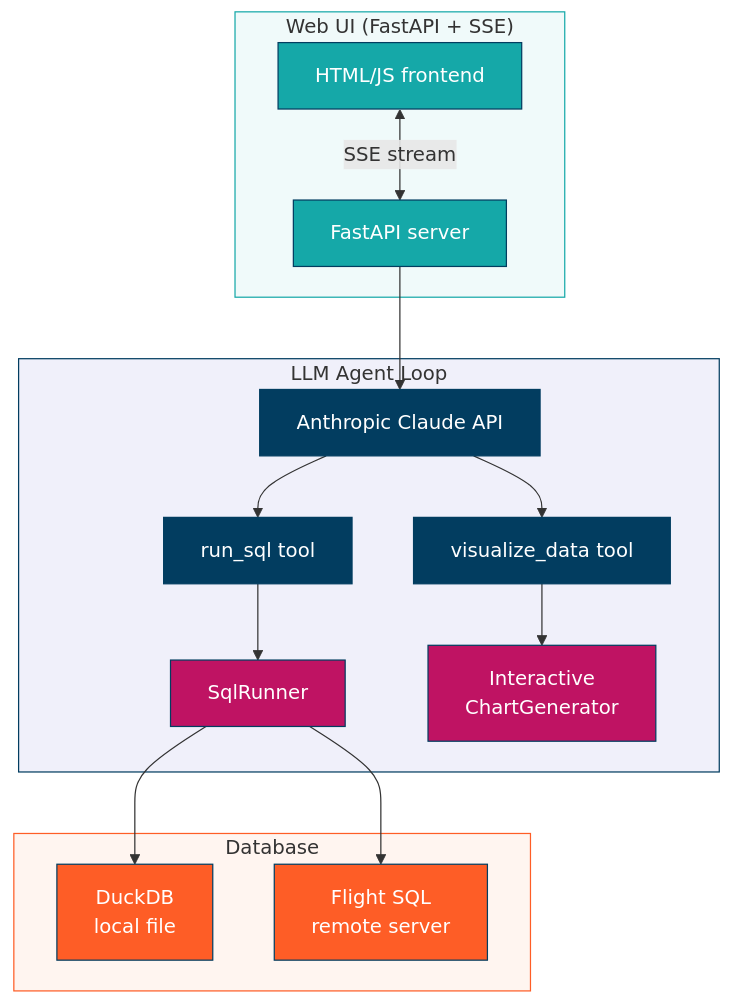
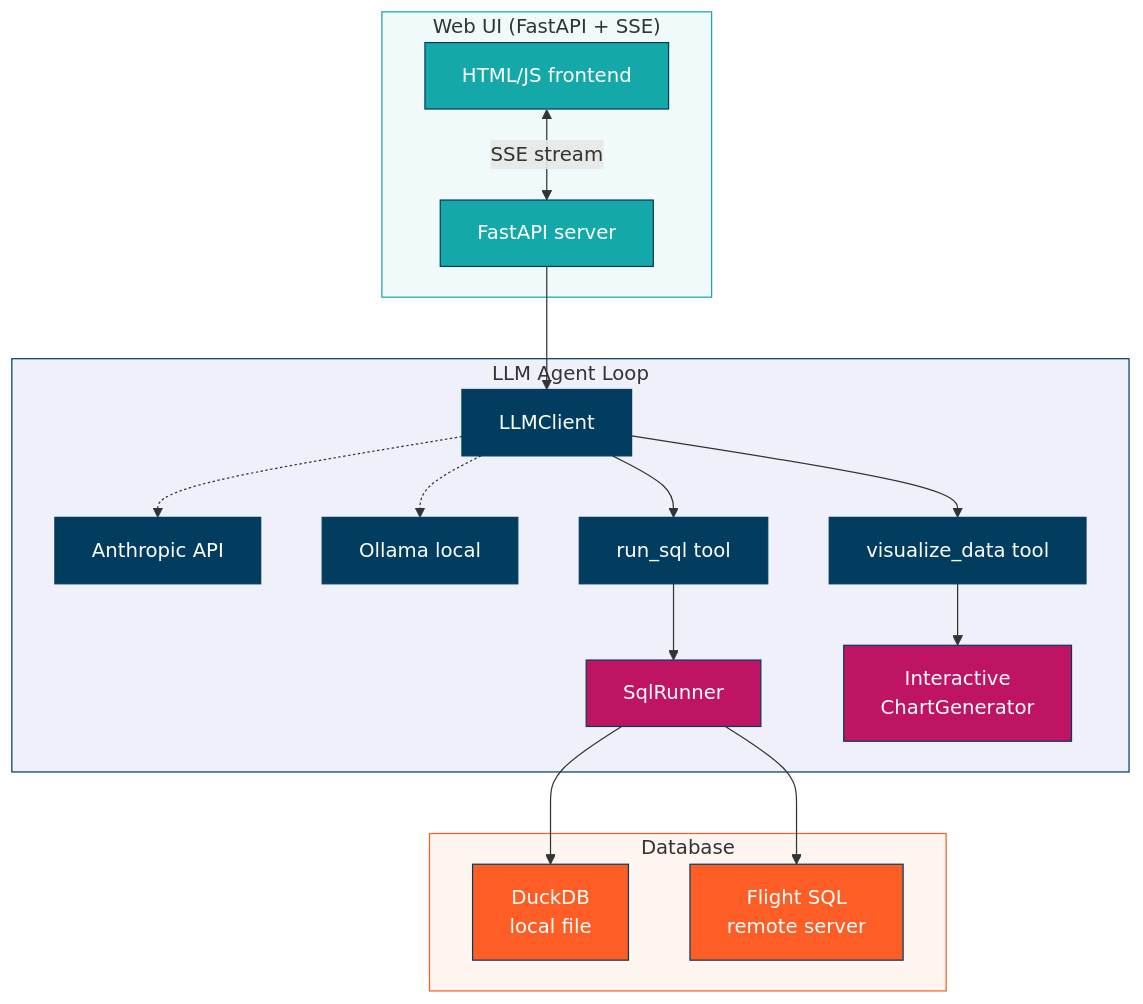
One commit to dsgrid/datasight changed the first of 3 diagrams in docs/explanation/architecture.md. Above: the diagram before and after it, drawn with Mermaid. The commit also changed other lines of this file and 6 other files, not shown here.

````diff
--- a/docs/explanation/architecture.md
+++ b/docs/explanation/architecture.md
@@ -9,40 +23,46 @@
 ```{mermaid}
 flowchart TB
     subgraph ui ["Web UI (FastAPI + SSE)"]
         WEB[FastAPI server]
         HTML[HTML/JS frontend]
     end
 
     subgraph agent ["LLM Agent Loop"]
-        API[Anthropic Claude API]
+        LLM[LLMClient]
+        ANTH[Anthropic API]
+        OLL[Ollama local]
         SQL[run_sql tool]
         VIZ[visualize_data tool]
+        LLM -.-> ANTH
+        LLM -.-> OLL
         SQL --> RUNNER[SqlRunner]
         VIZ --> CHART[Interactive<br>ChartGenerator]
     end
 
     subgraph db ["Database"]
         DUCK[DuckDB<br>local file]
         FLIGHT[Flight SQL<br>remote server]
     end
 
     HTML <-->|SSE stream| WEB
-    WEB --> API
-    API --> SQL
-    API --> VIZ
+    WEB --> LLM
+    LLM --> SQL
+    LLM --> VIZ
     RUNNER --> DUCK
     RUNNER --> FLIGHT
 
     style WEB fill:#15a8a8,stroke:#023d60,color:#fff
     style HTML fill:#15a8a8,stroke:#023d60,color:#fff
-    style API fill:#023d60,stroke:#023d60,color:#fff
+    style LLM fill:#023d60,stroke:#023d60,color:#fff
+    style ANTH fill:#023d60,stroke:#023d60,color:#fff
+    style OLL fill:#023d60,stroke:#023d60,color:#fff
     style SQL fill:#023d60,stroke:#023d60,color:#fff
     style VIZ fill:#023d60,stroke:#023d60,color:#fff
     style RUNNER fill:#bf1363,stroke:#023d60,color:#fff
     style CHART fill:#bf1363,stroke:#023d60,color:#fff
     style DUCK fill:#fe5d26,stroke:#023d60,color:#fff
     style FLIGHT fill:#fe5d26,stroke:#023d60,color:#fff
     style ui fill:#f0fafa,stroke:#15a8a8
     style agent fill:#f0f0fa,stroke:#023d60
     style db fill:#fff5f0,stroke:#fe5d26
 ```
````
